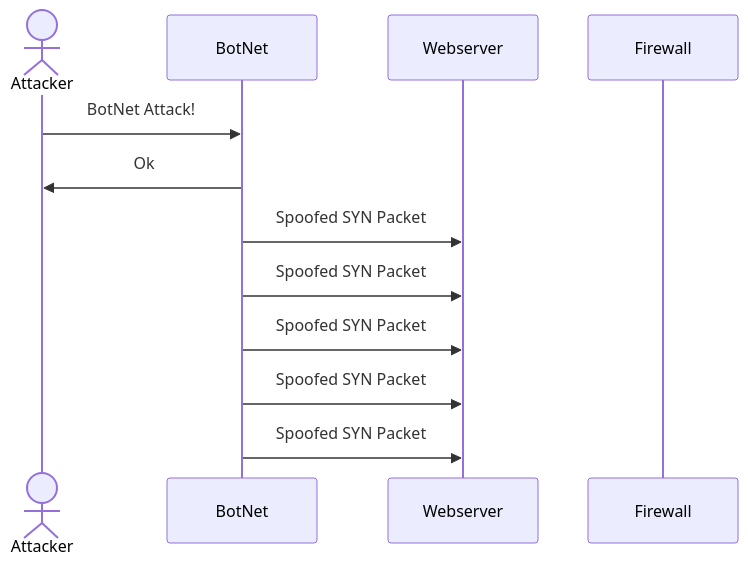
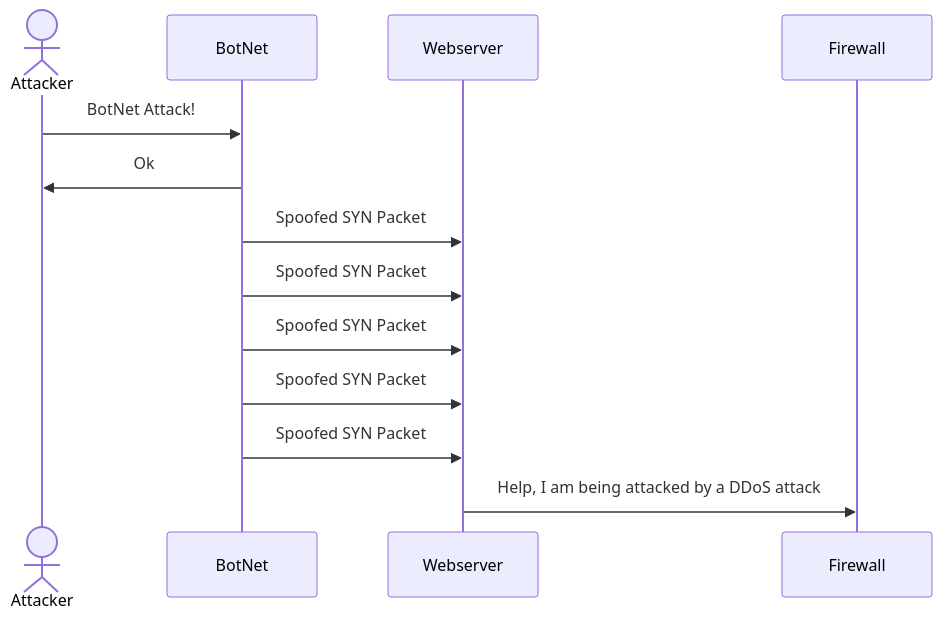
Before and after one commit to slaucks/slaucks.github.io: the diagram in DDoS_Attack_Sequence.md, drawn with Mermaid.

````diff
--- a/DDoS_Attack_Sequence.md
+++ b/DDoS_Attack_Sequence.md
@@ -1,13 +1,14 @@
 ```mermaid
 sequenceDiagram
  actor Attacker 
  Attacker->>BotNet: BotNet Attack!
  BotNet->>Attacker: Ok
  BotNet->>Webserver: Spoofed SYN Packet
  BotNet->>Webserver: Spoofed SYN Packet
  BotNet->>Webserver: Spoofed SYN Packet
  BotNet->>Webserver: Spoofed SYN Packet
  BotNet->>Webserver: Spoofed SYN Packet
- participant Firewall
+ Webserver->>Firewall: Help, I am being attacked by a DDoS attack
+participant Firewall
 
 ```
````
